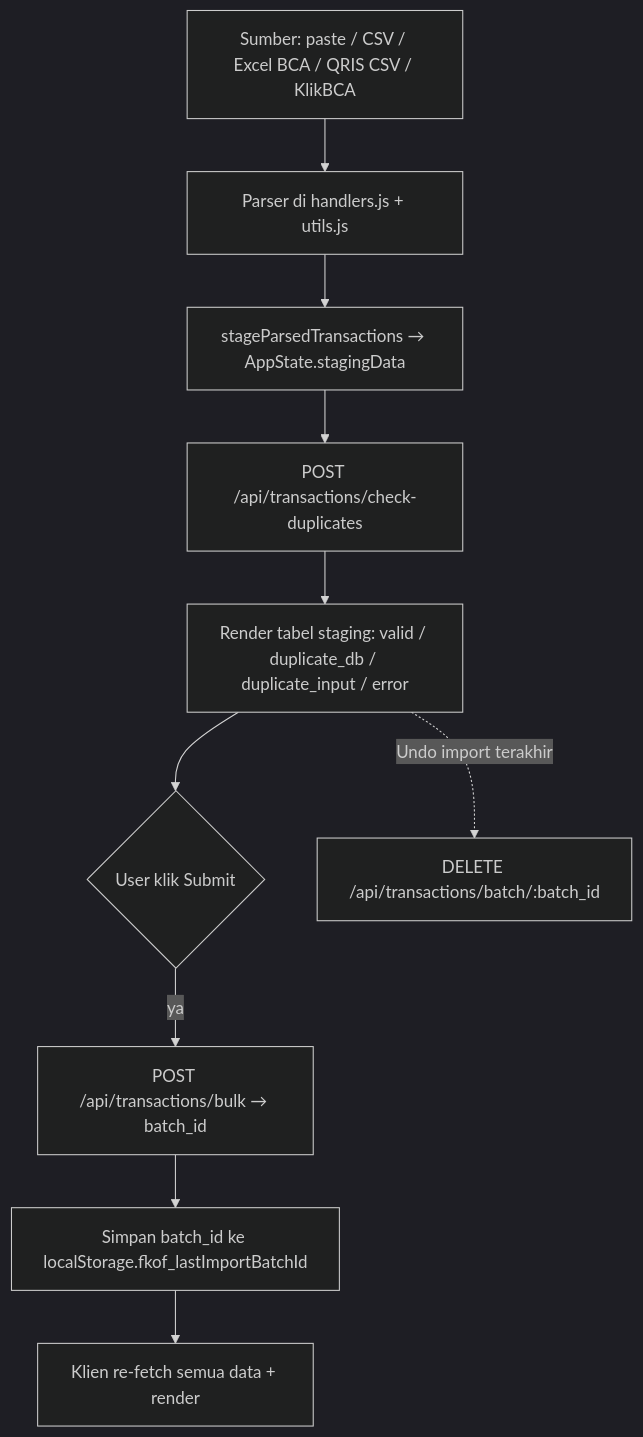
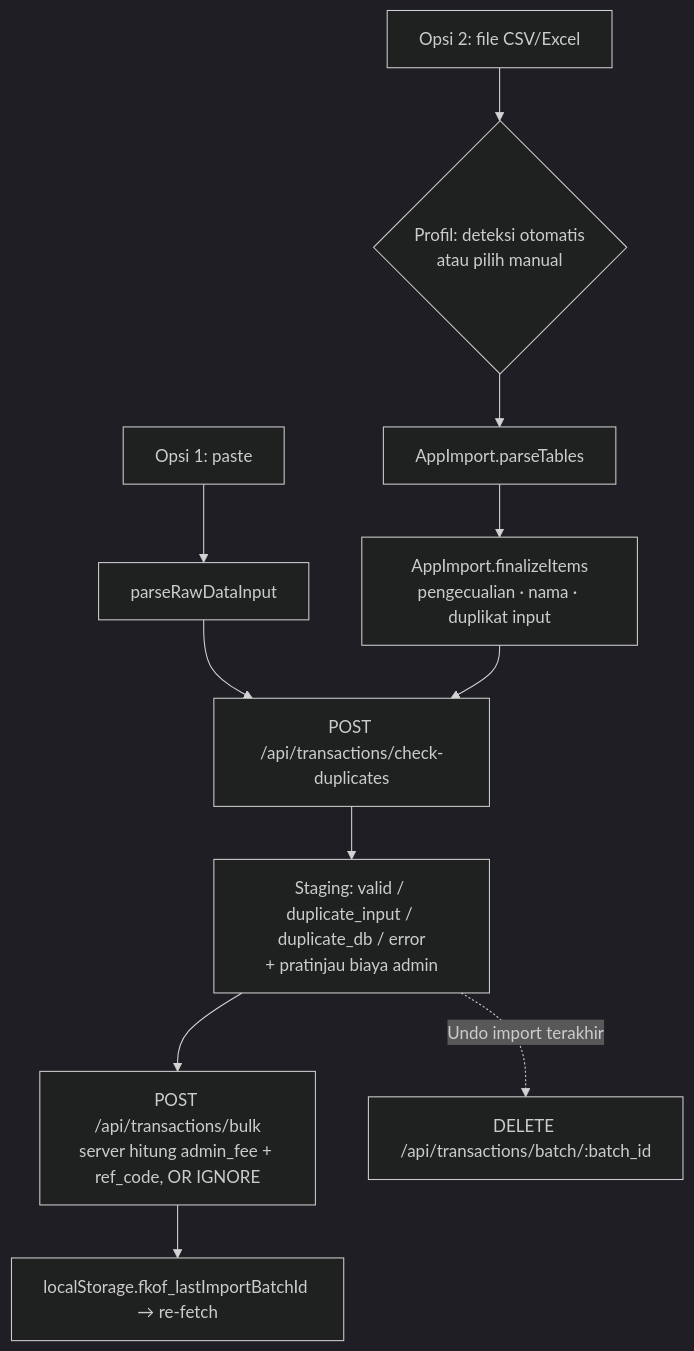
The second of 2 diagrams in ARCHITECTURE.md (rismawanwaris-arch/TartunV2), drawn with Mermaid (dark theme) before and after one commit. The commit also changed other lines of this file and 2 other files, not shown here.

````diff
--- a/ARCHITECTURE.md
+++ b/ARCHITECTURE.md
@@ -311,12 +322,13 @@
 ```mermaid
 flowchart TD
-    A[Sumber: paste / CSV / Excel BCA / QRIS CSV / KlikBCA] --> B[Parser di handlers.js + utils.js]
-    B --> C[stageParsedTransactions → AppState.stagingData]
-    C --> D[POST /api/transactions/check-duplicates]
-    D --> E[Render tabel staging: valid / duplicate_db / duplicate_input / error]
-    E --> F{User klik Submit}
-    F -->|ya| G[POST /api/transactions/bulk → batch_id]
-    G --> H[Simpan batch_id ke localStorage.fkof_lastImportBatchId]
-    H --> I[Klien re-fetch semua data + render]
+    A1[Opsi 1: paste] --> P1[parseRawDataInput]
+    A2[Opsi 2: file CSV/Excel] --> D{Profil: deteksi otomatis\natau pilih manual}
+    D --> P2[AppImport.parseTables]
+    P2 --> F[AppImport.finalizeItems\npengecualian · nama · duplikat input]
+    P1 --> C
+    F --> C[POST /api/transactions/check-duplicates]
+    C --> E[Staging: valid / duplicate_input / duplicate_db / error\n+ pratinjau biaya admin]
+    E --> G[POST /api/transactions/bulk\nserver hitung admin_fee + ref_code, OR IGNORE]
+    G --> H[localStorage.fkof_lastImportBatchId → re-fetch]
     E -.->|Undo import terakhir| J[DELETE /api/transactions/batch/:batch_id]
 ```
````
